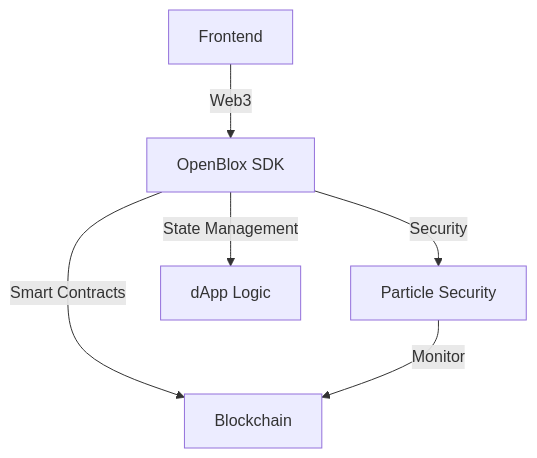
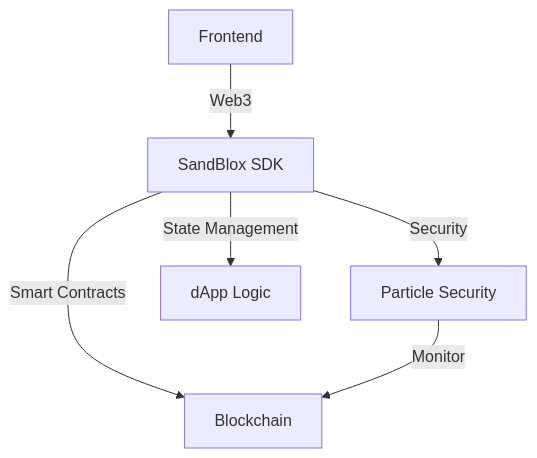
Before and after one commit to PracticalParticle/Sandblox: the diagram in public/docs/building-dapps.md, drawn with Mermaid. The commit also changed other lines of this file and 25 other files, not shown here.

Commit message:
rename project to SandBlox

````diff
--- a/public/docs/building-dapps.md
+++ b/public/docs/building-dapps.md
@@ -14,8 +14,8 @@
 ```mermaid
 graph TD
-    A[Frontend] -->|Web3| B[OpenBlox SDK]
+    A[Frontend] -->|Web3| B[SandBlox SDK]
     B -->|Security| C[Particle Security]
     B -->|Smart Contracts| D[Blockchain]
     B -->|State Management| E[dApp Logic]
     C -->|Monitor| D
 ```
````
